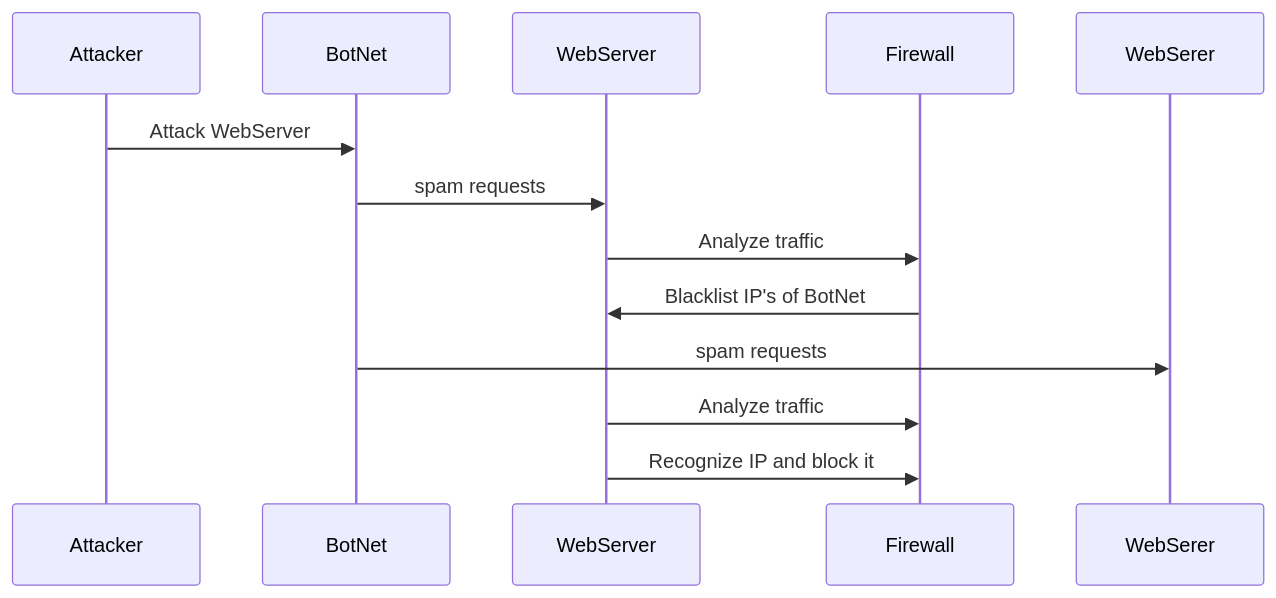
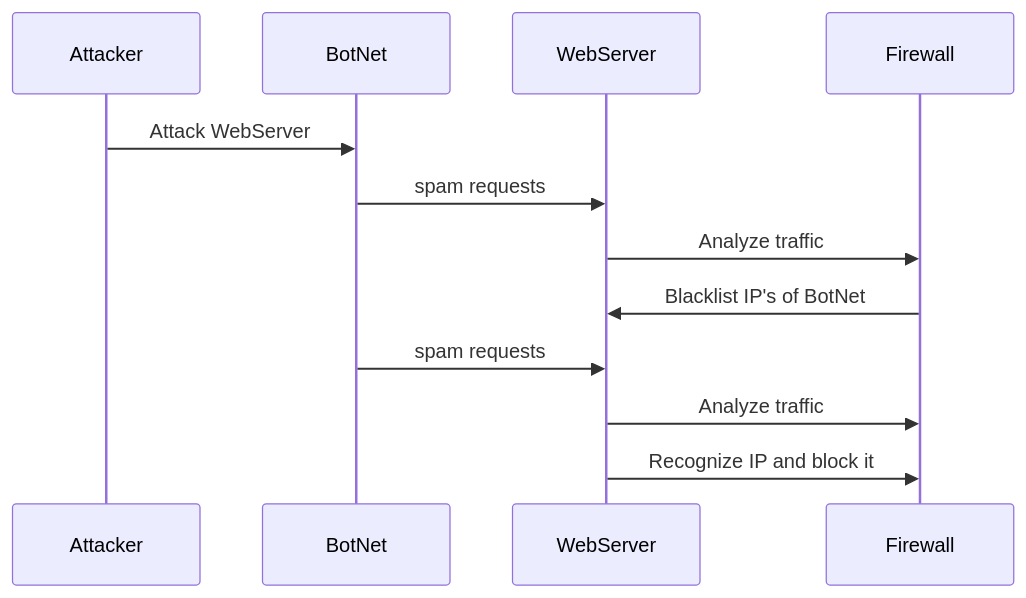
Before and after one commit to JulianFlicker11/JulianFlicker11.github.io: the diagram in DDoS_Attack_Sequence.md, drawn with Mermaid.

````diff
--- a/DDoS_Attack_Sequence.md
+++ b/DDoS_Attack_Sequence.md
@@ -1,14 +1,14 @@
 ```mermaid
 sequenceDiagram
 participant Attacker
 participant BotNet
 participant WebServer
 participant Firewall
 Attacker->>BotNet: Attack WebServer
 BotNet->>WebServer: spam requests
 WebServer->>Firewall: Analyze traffic
 Firewall->>WebServer: Blacklist IP's of BotNet
-BotNet->>WebSerer: spam requests
+BotNet->>WebServer: spam requests
 WebServer->>Firewall: Analyze traffic
 WebServer->>Firewall: Recognize IP and block it
 ```
````
